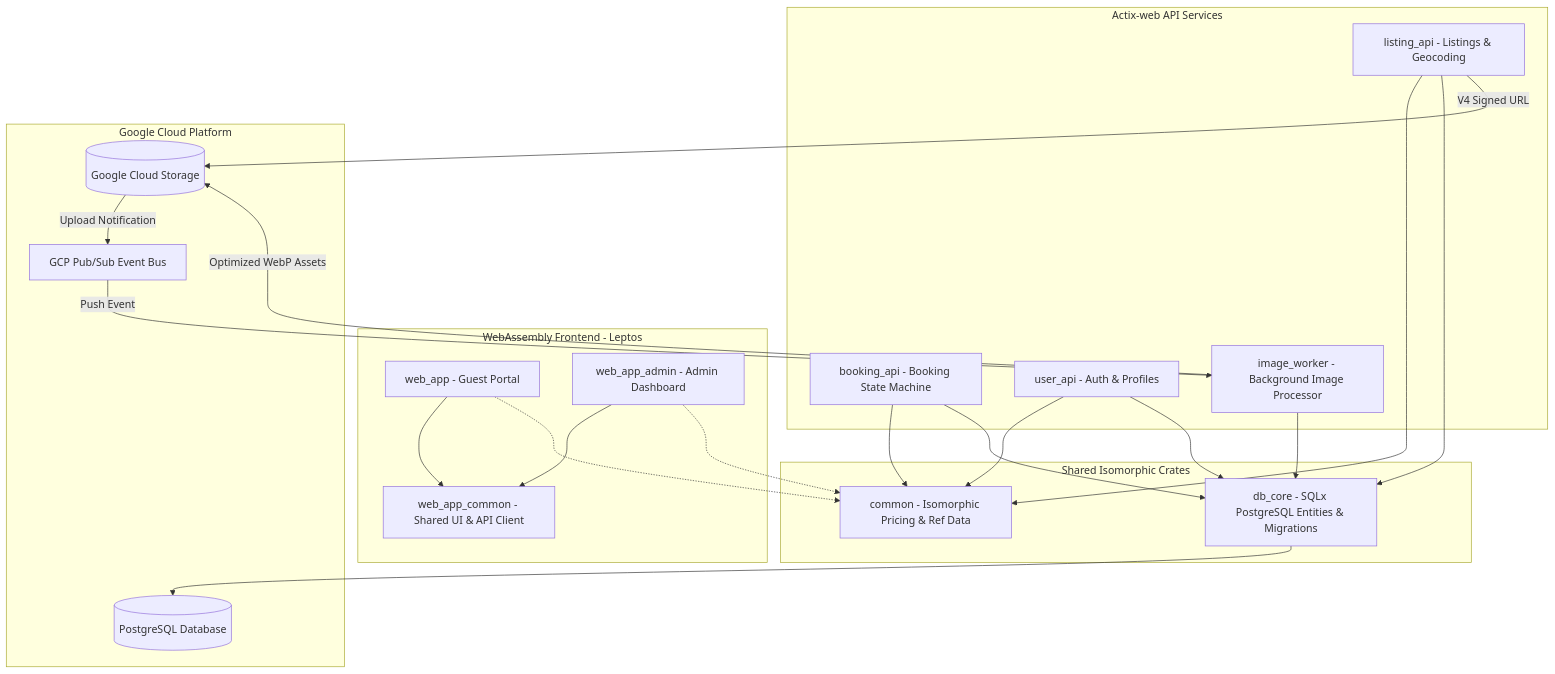
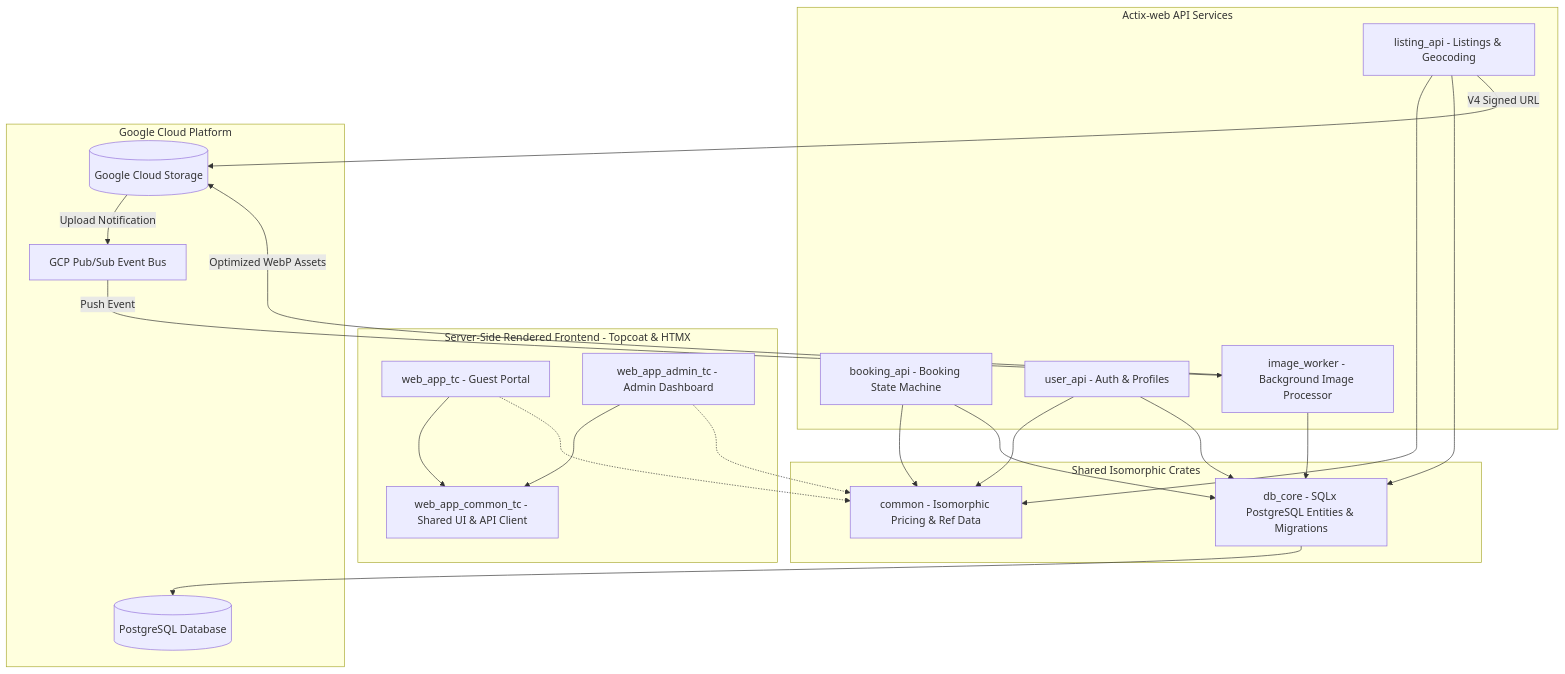
Before and after one commit to pavelbyles/our_places_rs: the first of 4 diagrams in docs/ARCHITECTURE.md, drawn with Mermaid. The commit also changed other lines of this file and 7 other files, not shown here.

Commit message:
refactor: remove legacy web_app and web_app_admin CI/CD workflows and deployment configurations

````diff
--- a/docs/ARCHITECTURE.md
+++ b/docs/ARCHITECTURE.md
@@ -19,39 +19,39 @@
 ```mermaid
 flowchart TB
-    subgraph s1["WebAssembly Frontend - Leptos"]
-        WA["web_app - Guest Portal"]
-        WAA["web_app_admin - Admin Dashboard"]
-        WAC["web_app_common - Shared UI & API Client"]
+    subgraph s1["Server-Side Rendered Frontend - Topcoat & HTMX"]
+        WA["web_app_tc - Guest Portal"]
+        WAA["web_app_admin_tc - Admin Dashboard"]
+        WAC["web_app_common_tc - Shared UI & API Client"]
     end
     subgraph s2["Shared Isomorphic Crates"]
         COM["common - Isomorphic Pricing & Ref Data"]
         DBC["db_core - SQLx PostgreSQL Entities & Migrations"]
     end
     subgraph s3["Actix-web API Services"]
         LA["listing_api - Listings & Geocoding"]
         BA["booking_api - Booking State Machine"]
         UA["user_api - Auth & Profiles"]
         IW["image_worker - Background Image Processor"]
     end
     subgraph s4["Google Cloud Platform"]
         PG[("PostgreSQL Database")]
         GCS[("Google Cloud Storage")]
         PS["GCP Pub/Sub Event Bus"]
     end
     WA --> WAC
     WAA --> WAC
     WA -.-> COM
     WAA -.-> COM
     LA --> COM
     LA --> DBC
     BA --> COM
     BA --> DBC
     UA --> COM
     UA --> DBC
     IW --> DBC
     DBC --> PG
     LA -- V4 Signed URL --> GCS
     GCS -- Upload Notification --> PS
     PS -- Push Event --> IW
     IW -- Optimized WebP Assets --> GCS
 ```
````
